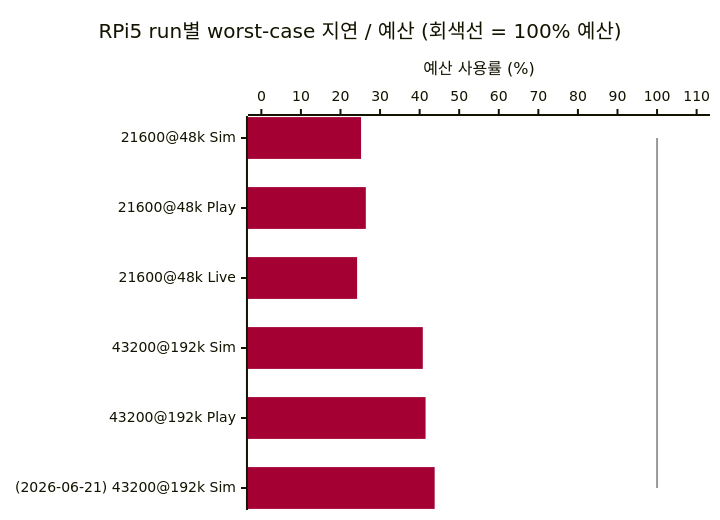
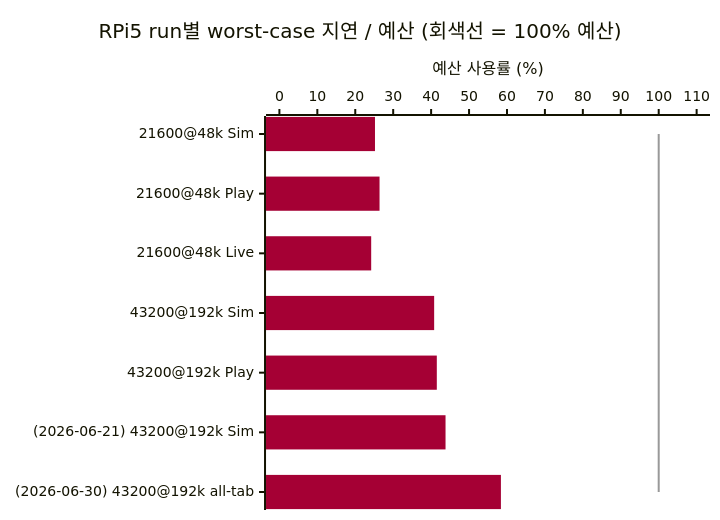
One commit to lgcmu2026-team5/TimeGrapher-Docs changed the second of 6 diagrams in Milestone/ko/4-Planned-Experiments.md. Above: the diagram before and after it, drawn with Mermaid. The commit also changed other lines of this file and 15 other files, not shown here.

````diff
--- a/Milestone/ko/4-Planned-Experiments.md
+++ b/Milestone/ko/4-Planned-Experiments.md
@@ -115,9 +116,9 @@
 ```mermaid
 %%{init: {"themeVariables": {"xyChart": {"plotColorPalette": "#A50034, #999999"}}}}%%
 xychart-beta horizontal
     title "RPi5 run별 worst-case 지연 / 예산 (회색선 = 100% 예산)"
-    x-axis ["21600@48k Sim", "21600@48k Play", "21600@48k Live", "43200@192k Sim", "43200@192k Play", "(2026-06-21) 43200@192k Sim"]
+    x-axis ["21600@48k Sim", "21600@48k Play", "21600@48k Live", "43200@192k Sim", "43200@192k Play", "(2026-06-21) 43200@192k Sim", "(2026-06-30) 43200@192k all-tab"]
     y-axis "예산 사용률 (%)" 0 --> 110
-    bar [25.2, 26.4, 24.2, 40.8, 41.5, 43.8]
-    line [100, 100, 100, 100, 100, 100]
+    bar [25.2, 26.4, 24.2, 40.8, 41.5, 43.8, 58.4]
+    line [100, 100, 100, 100, 100, 100, 100]
 ```
````
